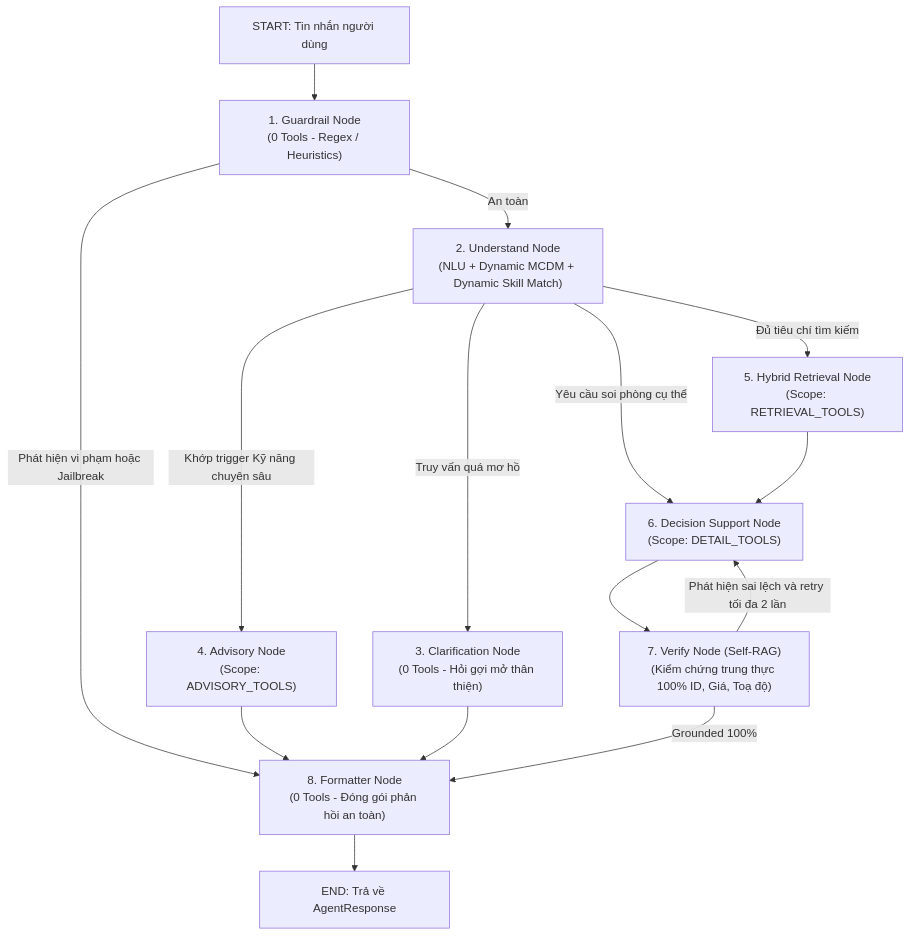
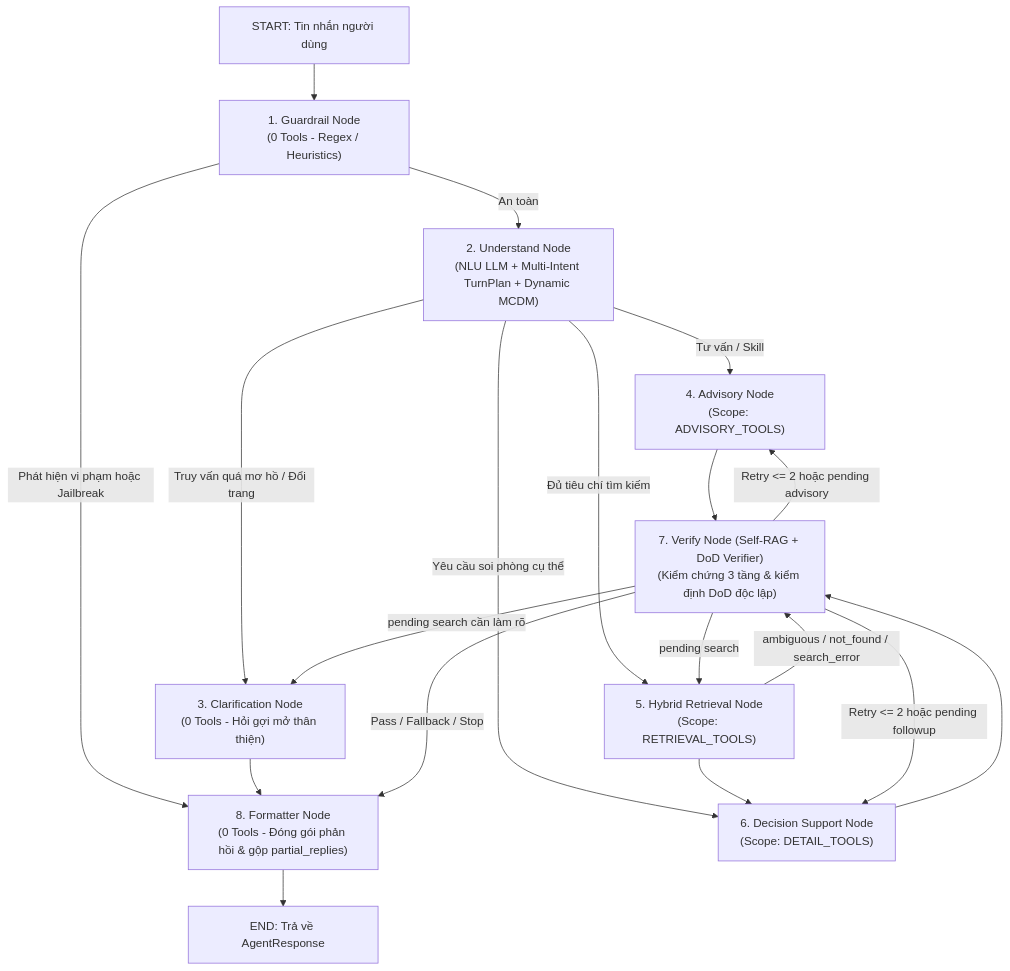
Before and after one commit to undead04/intelligent-room-rental: the diagram in README.md, drawn with Mermaid. The commit also changed other lines of this file and 34 other files, not shown here.

````diff
--- a/README.md
+++ b/README.md
@@ -222,22 +223,26 @@
 ```mermaid
 flowchart TD
     START["START: Tin nhắn người dùng"] --> N1["1. Guardrail Node<br/>(0 Tools - Regex / Heuristics)"]
     
-    N1 -->|Phát hiện vi phạm hoặc Jailbreak| N8["8. Formatter Node<br/>(0 Tools - Đóng gói phản hồi an toàn)"]
-    N1 -->|An toàn| N2["2. Understand Node<br/>(NLU + Dynamic MCDM + Dynamic Skill Match)"]
+    N1 -->|Phát hiện vi phạm hoặc Jailbreak| N8["8. Formatter Node<br/>(0 Tools - Đóng gói phản hồi & gộp partial_replies)"]
+    N1 -->|An toàn| N2["2. Understand Node<br/>(NLU LLM + Multi-Intent TurnPlan + Dynamic MCDM)"]
     
-    N2 -->|Khớp trigger Kỹ năng chuyên sâu| N4["4. Advisory Node<br/>(Scope: ADVISORY_TOOLS)"]
-    N2 -->|Truy vấn quá mơ hồ| N3["3. Clarification Node<br/>(0 Tools - Hỏi gợi mở thân thiện)"]
+    N2 -->|Tư vấn / Skill| N4["4. Advisory Node<br/>(Scope: ADVISORY_TOOLS)"]
+    N2 -->|Truy vấn quá mơ hồ / Đổi trang| N3["3. Clarification Node<br/>(0 Tools - Hỏi gợi mở thân thiện)"]
     N2 -->|Yêu cầu soi phòng cụ thể| N6["6. Decision Support Node<br/>(Scope: DETAIL_TOOLS)"]
     N2 -->|Đủ tiêu chí tìm kiếm| N5["5. Hybrid Retrieval Node<br/>(Scope: RETRIEVAL_TOOLS)"]
     
-    N4 --> N8
+    N4 --> N7
     N3 --> N8
     N5 --> N6
+    N5 -->|ambiguous / not_found / search_error| N7
     
-    N6 --> N7["7. Verify Node (Self-RAG)<br/>(Kiểm chứng trung thực 100% ID, Giá, Toạ độ)"]
-    N7 -->|Phát hiện sai lệch và retry tối đa 2 lần| N6
-    N7 -->|Grounded 100%| N8
+    N6 --> N7["7. Verify Node (Self-RAG + DoD Verifier)<br/>(Kiểm chứng 3 tầng & kiểm định DoD độc lập)"]
+    N7 -->|Retry <= 2 hoặc pending followup| N6
+    N7 -->|Retry <= 2 hoặc pending advisory| N4
+    N7 -->|pending search| N5
+    N7 -->|pending search cần làm rõ| N3
+    N7 -->|Pass / Fallback / Stop| N8
     
     N8 --> END["END: Trả về AgentResponse"]
 ```
````
